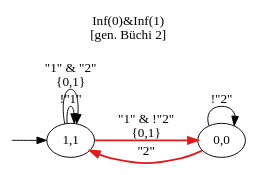
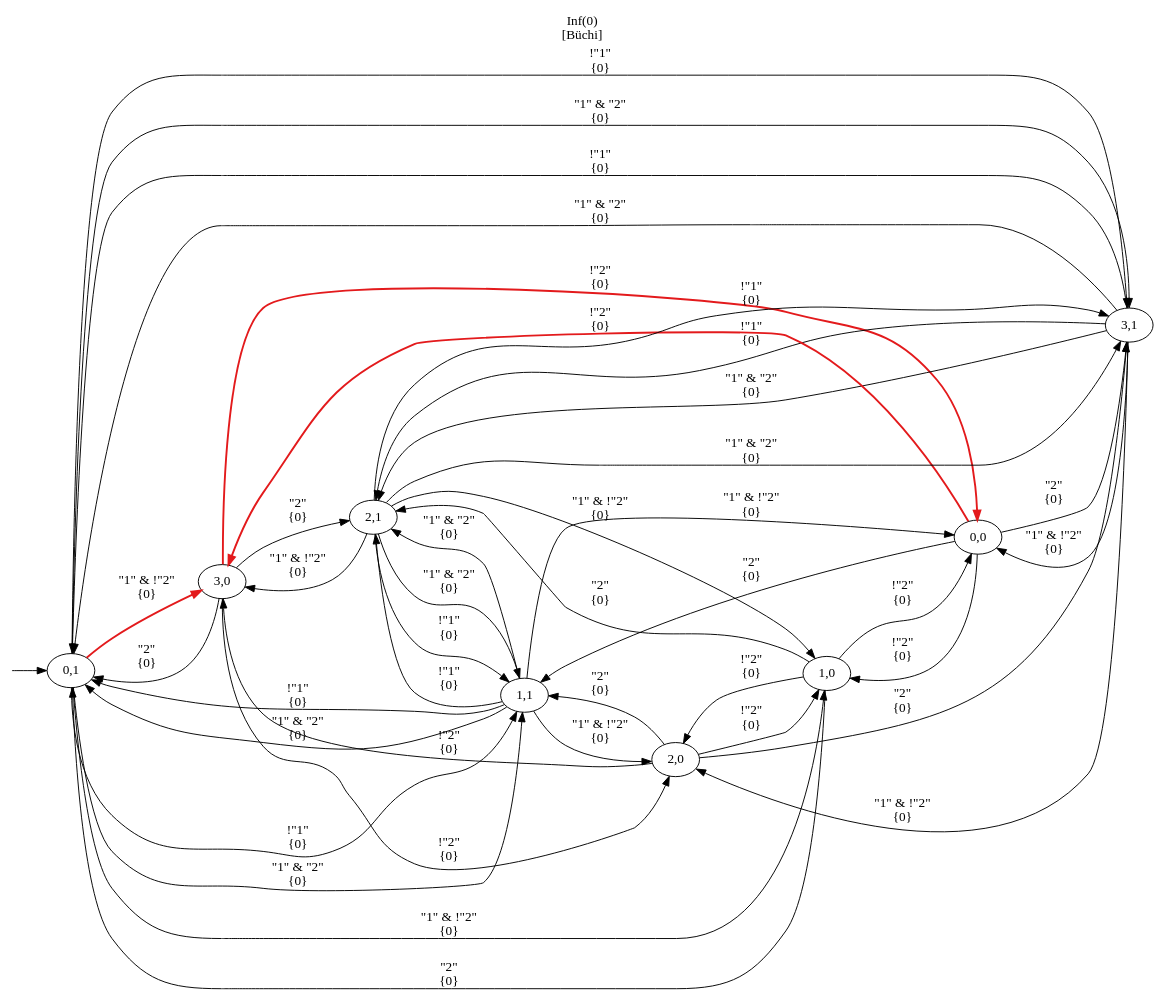
One commit to jrourke48/HMRTA_TS_GENERATION changed the diagram in output/product_automaton.dot. Above: the diagram before and after it, drawn with Graphviz. The commit also changed 12 other files, not shown here.

```diff
--- a/output/product_automaton.dot
+++ b/output/product_automaton.dot
@@ -1,15 +1,56 @@
 digraph "" {
   rankdir=LR
-  label="Inf(0)&Inf(1)\n[gen. Büchi 2]"
+  label="Inf(0)\n[Büchi]"
   labelloc="t"
   node [shape="ellipse",width="0.5",height="0.5"]
   I [label="", style=invis, width=0]
   I -> 0
-  0 [label="1,1"]
-  0 -> 1 [label="\"1\" & !\"2\"\n{0,1}", style=bold, color="#E31A1C"]
-  0 -> 0 [label="!\"1\""]
-  0 -> 0 [label="\"1\" & \"2\"\n{0,1}"]
-  1 [label="0,0"]
-  1 -> 1 [label="!\"2\""]
-  1 -> 0 [label="\"2\"", style=bold, color="#E31A1C"]
+  0 [label="0,1"]
+  0 -> 1 [label="\"1\" & !\"2\"\n{0}", style=bold, color="#E31A1C"]
+  0 -> 2 [label="!\"1\"\n{0}"]
+  0 -> 2 [label="\"1\" & \"2\"\n{0}"]
+  0 -> 3 [label="\"1\" & !\"2\"\n{0}"]
+  0 -> 4 [label="!\"1\"\n{0}"]
+  0 -> 4 [label="\"1\" & \"2\"\n{0}"]
+  1 [label="3,0"]
+  1 -> 5 [label="!\"2\"\n{0}", style=bold, color="#E31A1C"]
+  1 -> 0 [label="\"2\"\n{0}"]
+  1 -> 6 [label="!\"2\"\n{0}"]
+  1 -> 7 [label="\"2\"\n{0}"]
+  2 [label="3,1"]
+  2 -> 5 [label="\"1\" & !\"2\"\n{0}"]
+  2 -> 0 [label="!\"1\"\n{0}"]
+  2 -> 0 [label="\"1\" & \"2\"\n{0}"]
+  2 -> 6 [label="\"1\" & !\"2\"\n{0}"]
+  2 -> 7 [label="!\"1\"\n{0}"]
+  2 -> 7 [label="\"1\" & \"2\"\n{0}"]
+  3 [label="1,0"]
+  3 -> 6 [label="!\"2\"\n{0}"]
+  3 -> 7 [label="\"2\"\n{0}"]
+  3 -> 5 [label="!\"2\"\n{0}"]
+  3 -> 0 [label="\"2\"\n{0}"]
+  4 [label="1,1"]
+  4 -> 6 [label="\"1\" & !\"2\"\n{0}"]
+  4 -> 7 [label="!\"1\"\n{0}"]
+  4 -> 7 [label="\"1\" & \"2\"\n{0}"]
+  4 -> 5 [label="\"1\" & !\"2\"\n{0}"]
+  4 -> 0 [label="!\"1\"\n{0}"]
+  4 -> 0 [label="\"1\" & \"2\"\n{0}"]
+  5 [label="0,0"]
+  5 -> 1 [label="!\"2\"\n{0}", style=bold, color="#E31A1C"]
+  5 -> 2 [label="\"2\"\n{0}"]
+  5 -> 3 [label="!\"2\"\n{0}"]
+  5 -> 4 [label="\"2\"\n{0}"]
+  6 [label="2,0"]
+  6 -> 3 [label="!\"2\"\n{0}"]
+  6 -> 4 [label="\"2\"\n{0}"]
+  6 -> 1 [label="!\"2\"\n{0}"]
+  6 -> 2 [label="\"2\"\n{0}"]
+  7 [label="2,1"]
+  7 -> 3 [label="\"1\" & !\"2\"\n{0}"]
+  7 -> 4 [label="!\"1\"\n{0}"]
+  7 -> 4 [label="\"1\" & \"2\"\n{0}"]
+  7 -> 1 [label="\"1\" & !\"2\"\n{0}"]
+  7 -> 2 [label="!\"1\"\n{0}"]
+  7 -> 2 [label="\"1\" & \"2\"\n{0}"]
 }
```
